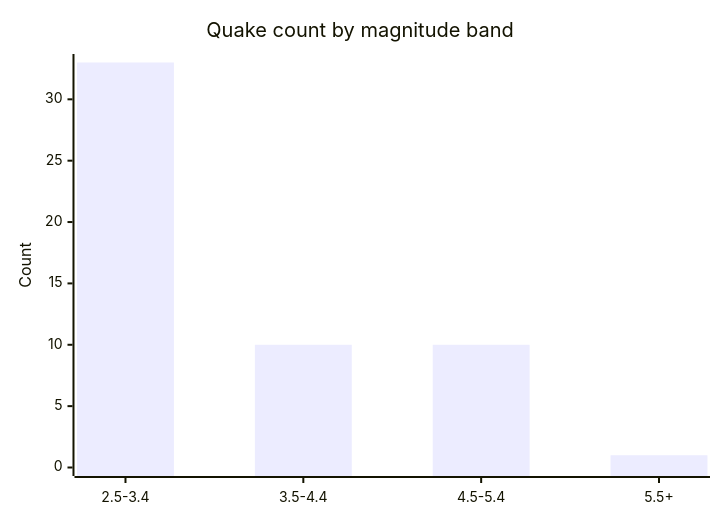
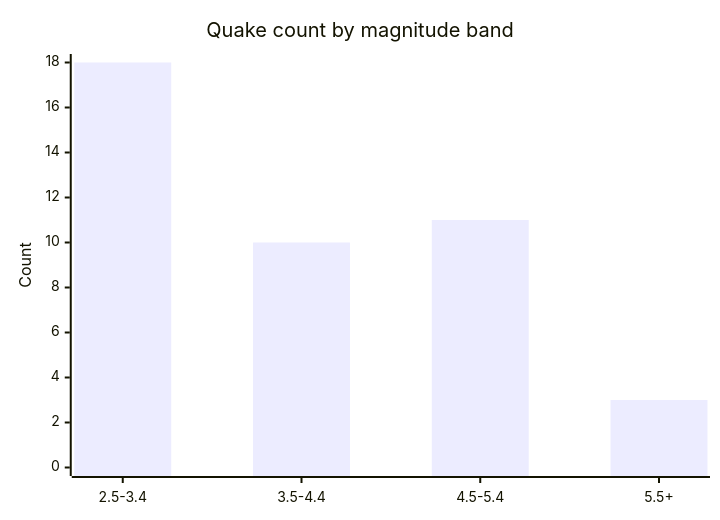
The fifth of 6 diagrams in docs/GRAPHS.md (Midwest-Stratospheric/aerostratospheric-defense-gir), drawn with Mermaid before and after one commit. The commit also changed other lines of this file and 23 other files, not shown here.

````diff
--- a/docs/GRAPHS.md
+++ b/docs/GRAPHS.md
@@ -82,7 +82,7 @@
 ```mermaid
 xychart-beta
   title "Quake count by magnitude band"
   x-axis ["2.5-3.4", "3.5-4.4", "4.5-5.4", "5.5+"]
-  y-axis "Count" 0 --> 33
-  bar [33, 10, 10, 1]
+  y-axis "Count" 0 --> 18
+  bar [18, 10, 11, 3]
 ```
````
